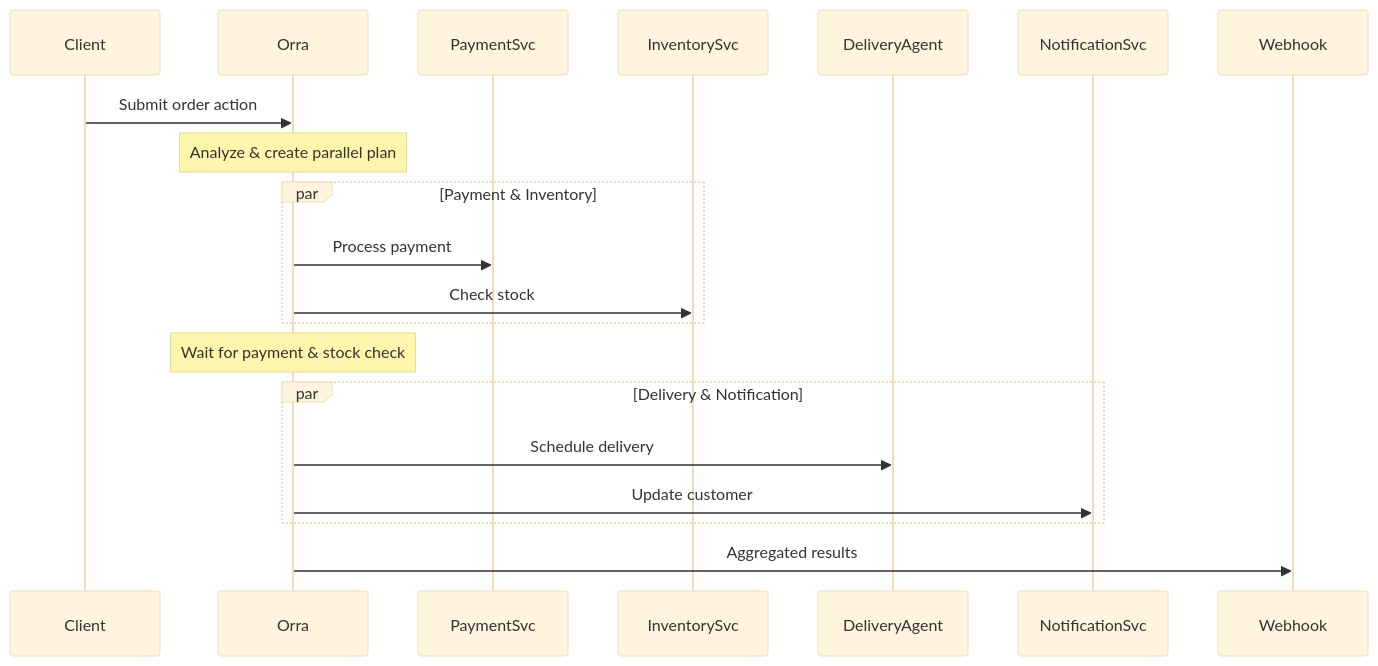
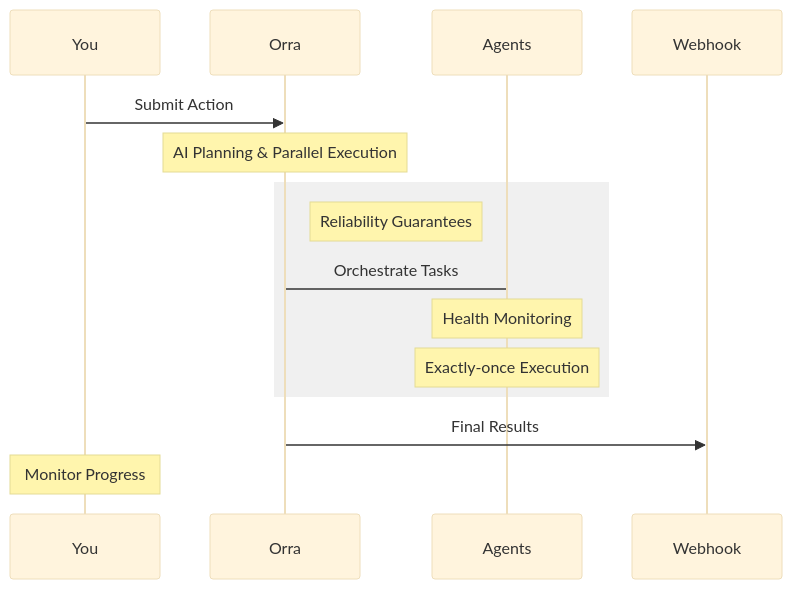
The diagram in docs/actions.md (orra-dev/orra), drawn with Mermaid (base theme) before and after one commit. The commit also changed other lines of this file and 1 other file, not shown here.

Commit message:
Action updates and added advanced docs.

````diff
--- a/docs/actions.md
+++ b/docs/actions.md
@@ -65,27 +55,20 @@
 ```mermaid
 sequenceDiagram
-    participant Client
+    participant You
     participant Orra
-    participant PaymentSvc
-    participant InventorySvc
-    participant DeliveryAgent
-    participant NotificationSvc
+    participant Agents
     participant Webhook
 
-    Client->>Orra: Submit order action
-    Note over Orra: Analyze & create parallel plan
+    You->>Orra: Submit Action
+    Note over Orra: AI Planning & Parallel Execution
     
-    par Payment & Inventory
-        Orra->>PaymentSvc: Process payment
-        Orra->>InventorySvc: Check stock
+    rect rgb(240, 240, 240)
+        Note right of Orra: Reliability Guarantees
+        Orra->Agents: Orchestrate Tasks
+        Note over Agents: Health Monitoring
+        Note over Agents: Exactly-once Execution
     end
     
-    Note over Orra: Wait for payment & stock check
-    
-    par Delivery & Notification
-        Orra->>DeliveryAgent: Schedule delivery
-        Orra->>NotificationSvc: Update customer
-    end
-    
-    Orra->>Webhook: Aggregated results
+    Orra->>Webhook: Final Results
+    Note over You: Monitor Progress
 ```
````
